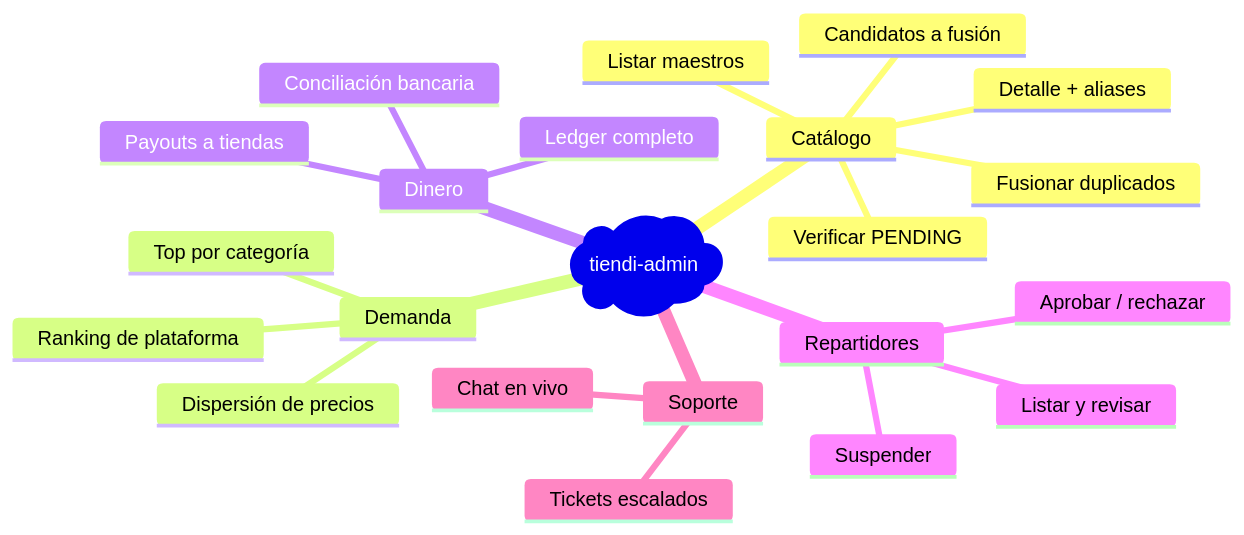
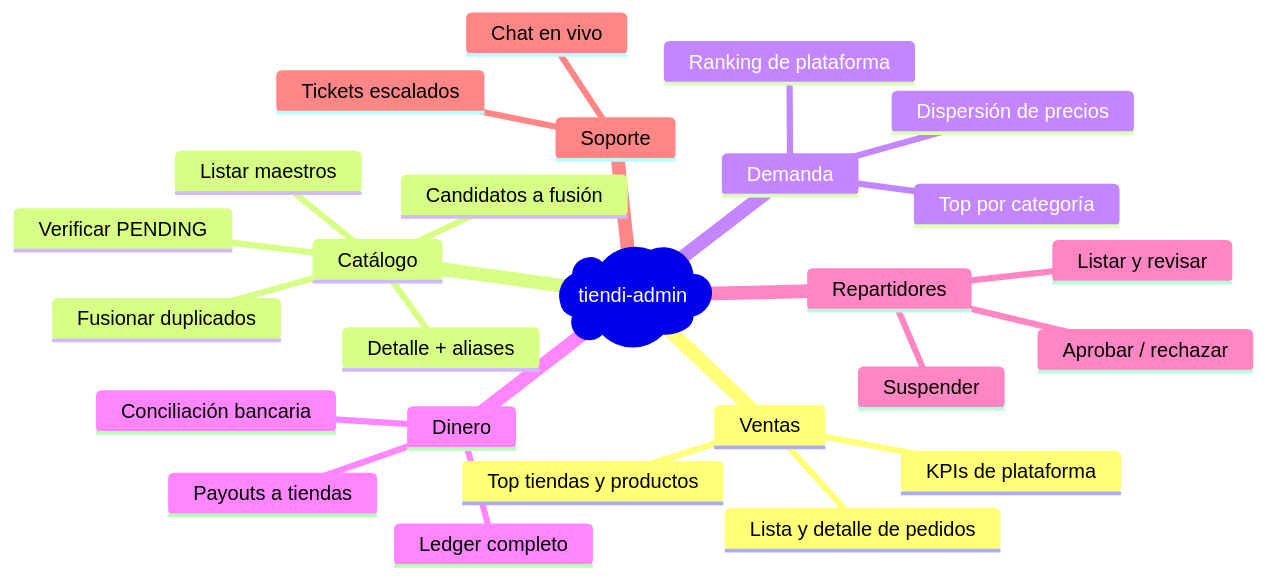
The third of 10 diagrams in DOCS/TIENDI_ADMIN.md (kanoso/ecommcerce-saas-sonet), drawn with Mermaid before and after one commit. The commit also changed other lines of this file and 1 other file, not shown here.

````diff
--- a/DOCS/TIENDI_ADMIN.md
+++ b/DOCS/TIENDI_ADMIN.md
@@ -158,25 +162,29 @@
 ```mermaid
 mindmap
   root)"tiendi-admin"(
+    Ventas
+      KPIs de plataforma
+      Top tiendas y productos
+      Lista y detalle de pedidos
     Catálogo
       Listar maestros
       Detalle + aliases
       Verificar PENDING
       Fusionar duplicados
       Candidatos a fusión
     Demanda
       Ranking de plataforma
       Dispersión de precios
       Top por categoría
     Dinero
       Ledger completo
       Conciliación bancaria
       Payouts a tiendas
     Repartidores
       Listar y revisar
       Aprobar / rechazar
       Suspender
     Soporte
       Tickets escalados
       Chat en vivo
 ```
````
